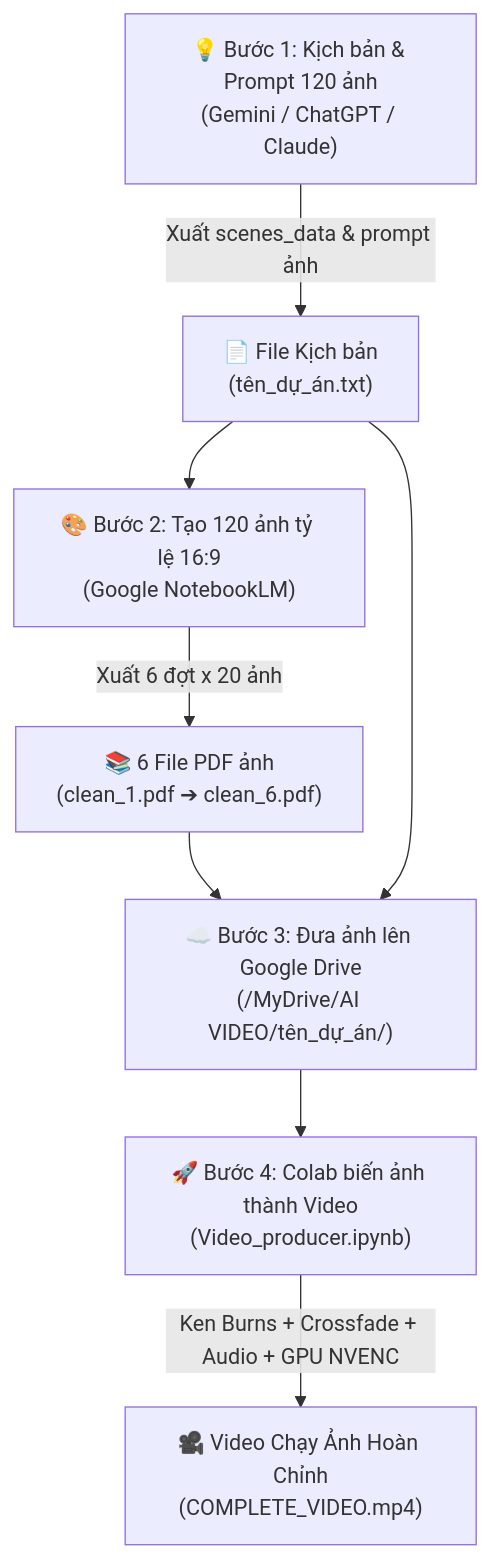
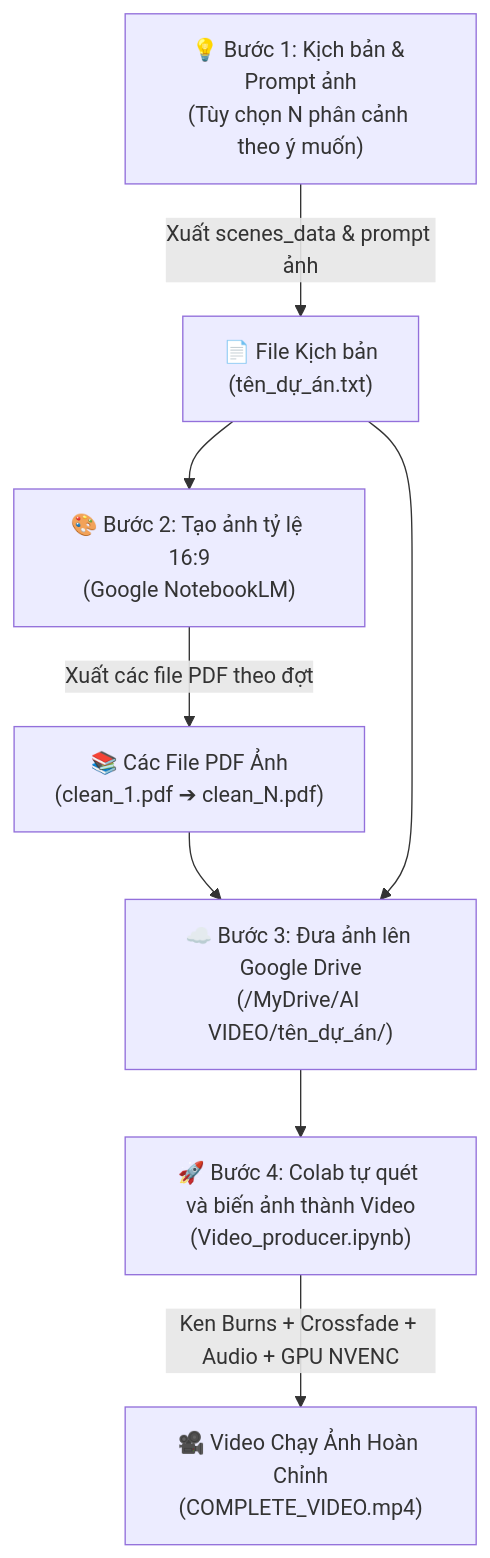
The diagram in README.md (NgPcAnhh/Video_producer_automation), drawn with Mermaid before and after one commit. The commit also changed other lines of this file, not shown here.

````diff
--- a/README.md
+++ b/README.md
@@ -22,10 +23,10 @@
 ```mermaid
 flowchart TD
-    A["💡 Bước 1: Kịch bản & Prompt 120 ảnh<br/>(Gemini / ChatGPT / Claude)"] -->|Xuất scenes_data & prompt ảnh| B["📄 File Kịch bản<br/>(tên_dự_án.txt)"]
-    B --> C["🎨 Bước 2: Tạo 120 ảnh tỷ lệ 16:9<br/>(Google NotebookLM)"]
-    C -->|Xuất 6 đợt x 20 ảnh| D["📚 6 File PDF ảnh<br/>(clean_1.pdf ➔ clean_6.pdf)"]
+    A["💡 Bước 1: Kịch bản & Prompt ảnh<br/>(Tùy chọn N phân cảnh theo ý muốn)"] -->|Xuất scenes_data & prompt ảnh| B["📄 File Kịch bản<br/>(tên_dự_án.txt)"]
+    B --> C["🎨 Bước 2: Tạo ảnh tỷ lệ 16:9<br/>(Google NotebookLM)"]
+    C -->|Xuất các file PDF theo đợt| D["📚 Các File PDF Ảnh<br/>(clean_1.pdf ➔ clean_N.pdf)"]
     D --> E["☁️ Bước 3: Đưa ảnh lên Google Drive<br/>(/MyDrive/AI VIDEO/tên_dự_án/)"]
     B --> E
-    E --> F["🚀 Bước 4: Colab biến ảnh thành Video<br/>(Video_producer.ipynb)"]
+    E --> F["🚀 Bước 4: Colab tự quét và biến ảnh thành Video<br/>(Video_producer.ipynb)"]
     F -->|Ken Burns + Crossfade + Audio + GPU NVENC| G["🎥 Video Chạy Ảnh Hoàn Chỉnh<br/>(COMPLETE_VIDEO.mp4)"]
 ```
````
